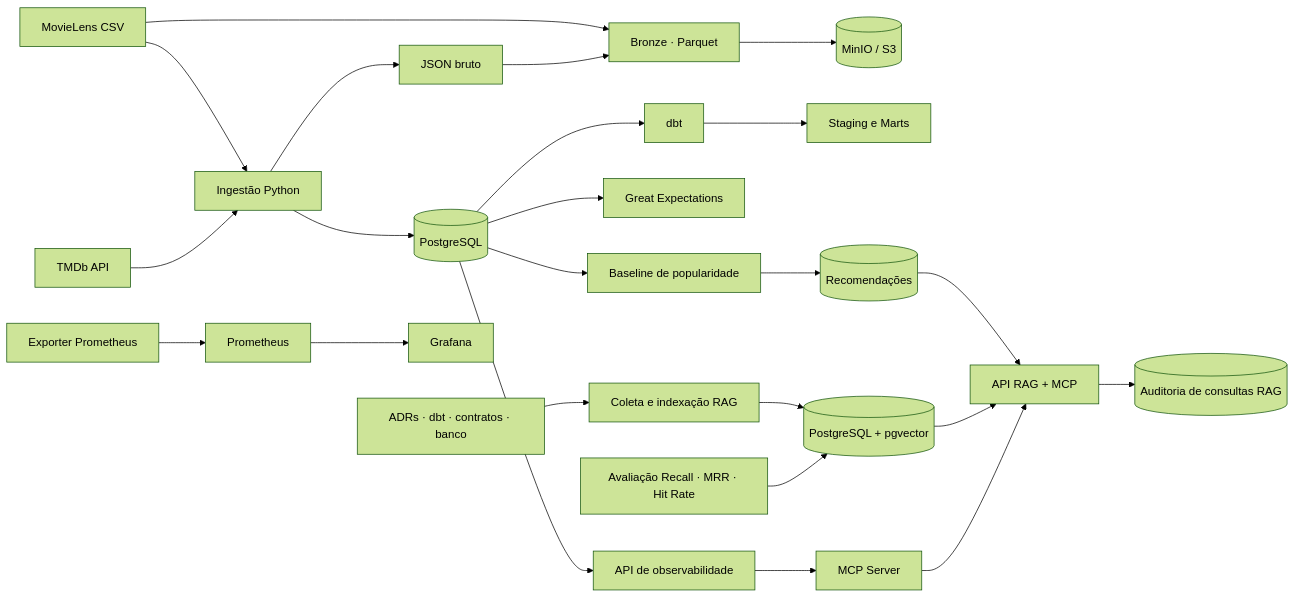
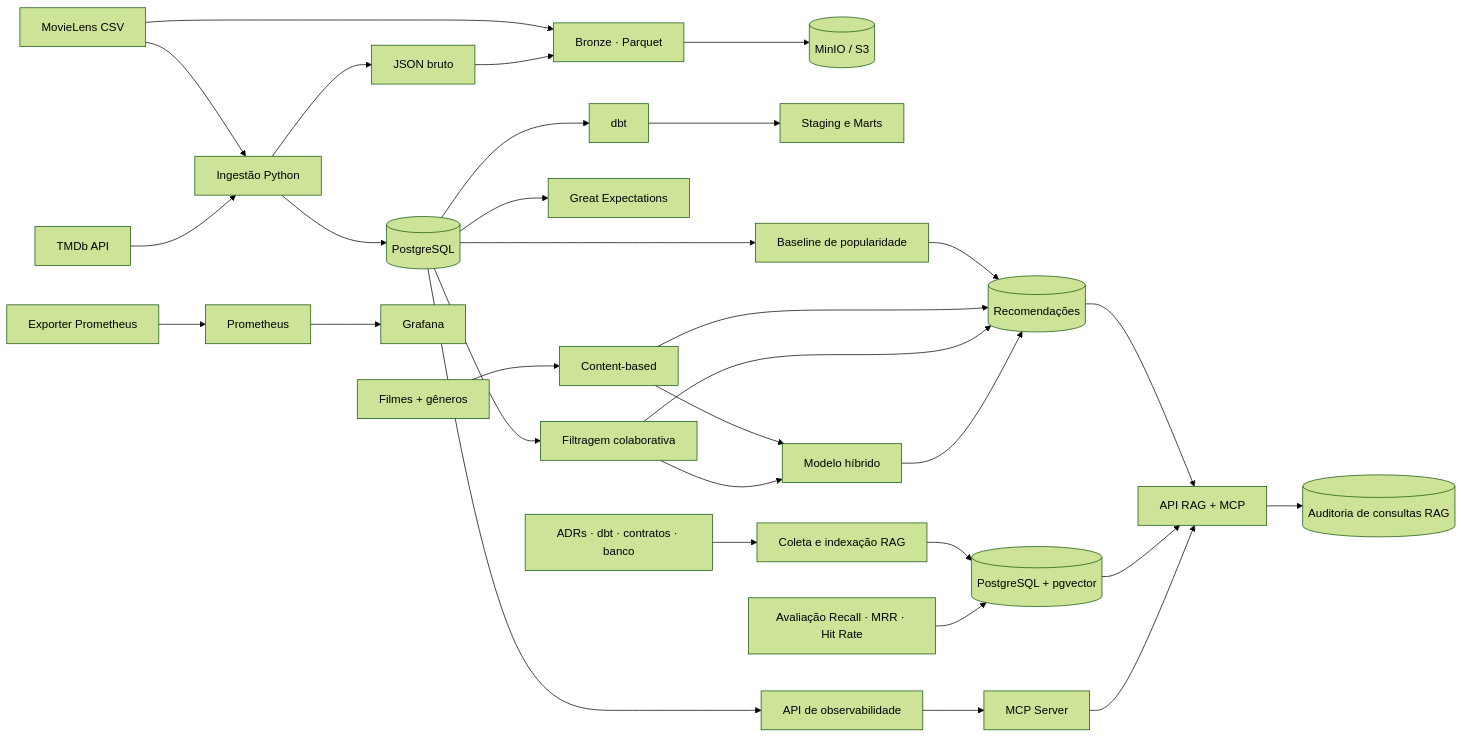
Before and after one commit to CostaPaiiva/CineLake-AI: the diagram in README.md, drawn with Mermaid (forest theme). The commit also changed other lines of this file, not shown here.

````diff
--- a/README.md
+++ b/README.md
@@ -25,26 +25,33 @@
 ```mermaid
 flowchart LR
     ML[MovieLens CSV] --> ING[Ingestão Python]
     TMDB[TMDb API] --> ING
     ING --> PG[(PostgreSQL)]
     ING --> RAW[JSON bruto]
     ML --> BRONZE[Bronze · Parquet]
     RAW --> BRONZE
     BRONZE --> MINIO[(MinIO / S3)]
     PG --> DBT[dbt]
     DBT --> MARTS[Staging e Marts]
     PG --> GE[Great Expectations]
+    MOVIES[Filmes + gêneros] --> CB[Content-based]
+    PG --> CF[Filtragem colaborativa]
     PG --> REC[Baseline de popularidade]
+    CB --> HY[Modelo híbrido]
+    CF --> HY
     REC --> RECS[(Recomendações)]
+    CB --> RECS
+    CF --> RECS
+    HY --> RECS
     RECS --> RAGAPI
     PG --> OBS[API de observabilidade]
     OBS --> MCP[MCP Server]
     DOCS[ADRs · dbt · contratos · banco] --> RAG[Coleta e indexação RAG]
     RAG --> VDB[(PostgreSQL + pgvector)]
     VDB --> RAGAPI[API RAG + MCP]
     MCP --> RAGAPI
     RAGAPI --> RAGLOG[(Auditoria de consultas RAG)]
     EVAL[Avaliação Recall · MRR · Hit Rate] --> VDB
     EXP[Exporter Prometheus] --> PROM[Prometheus]
     PROM --> GRAF[Grafana]
 ```
````
